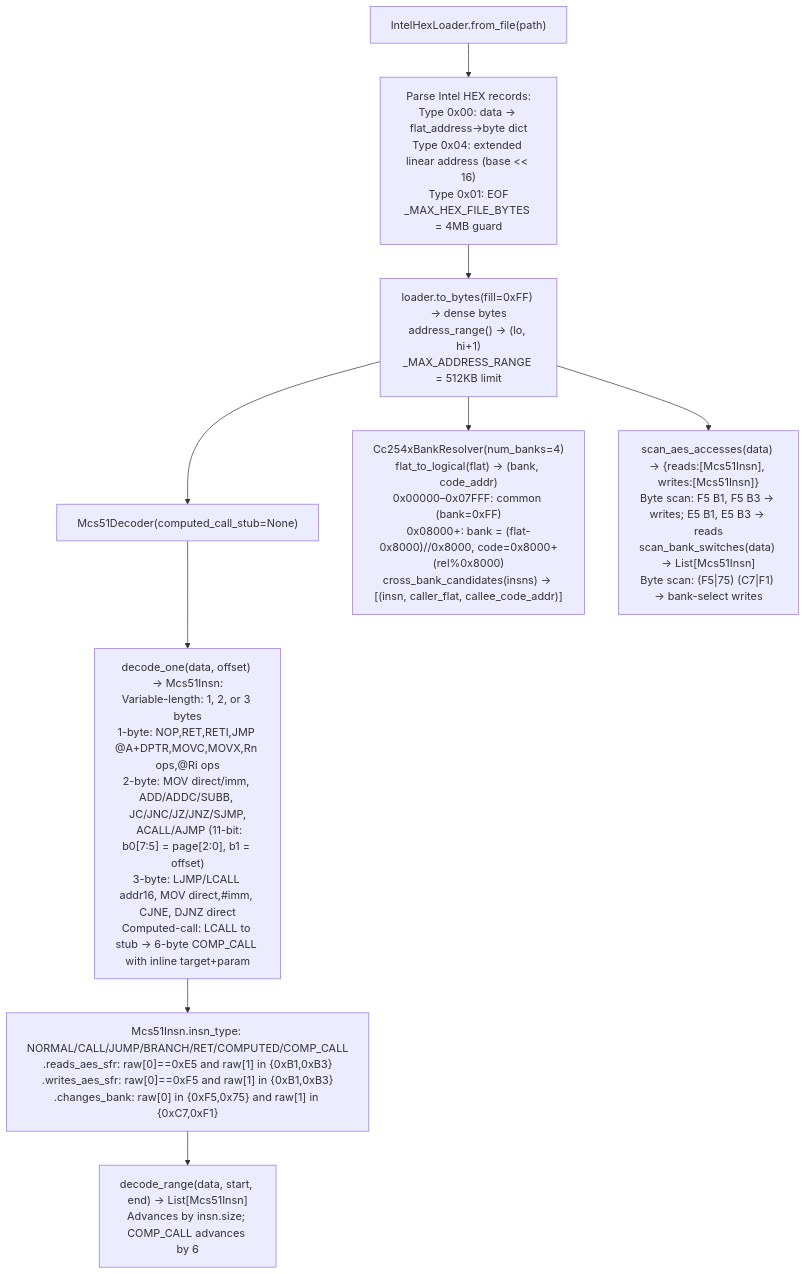
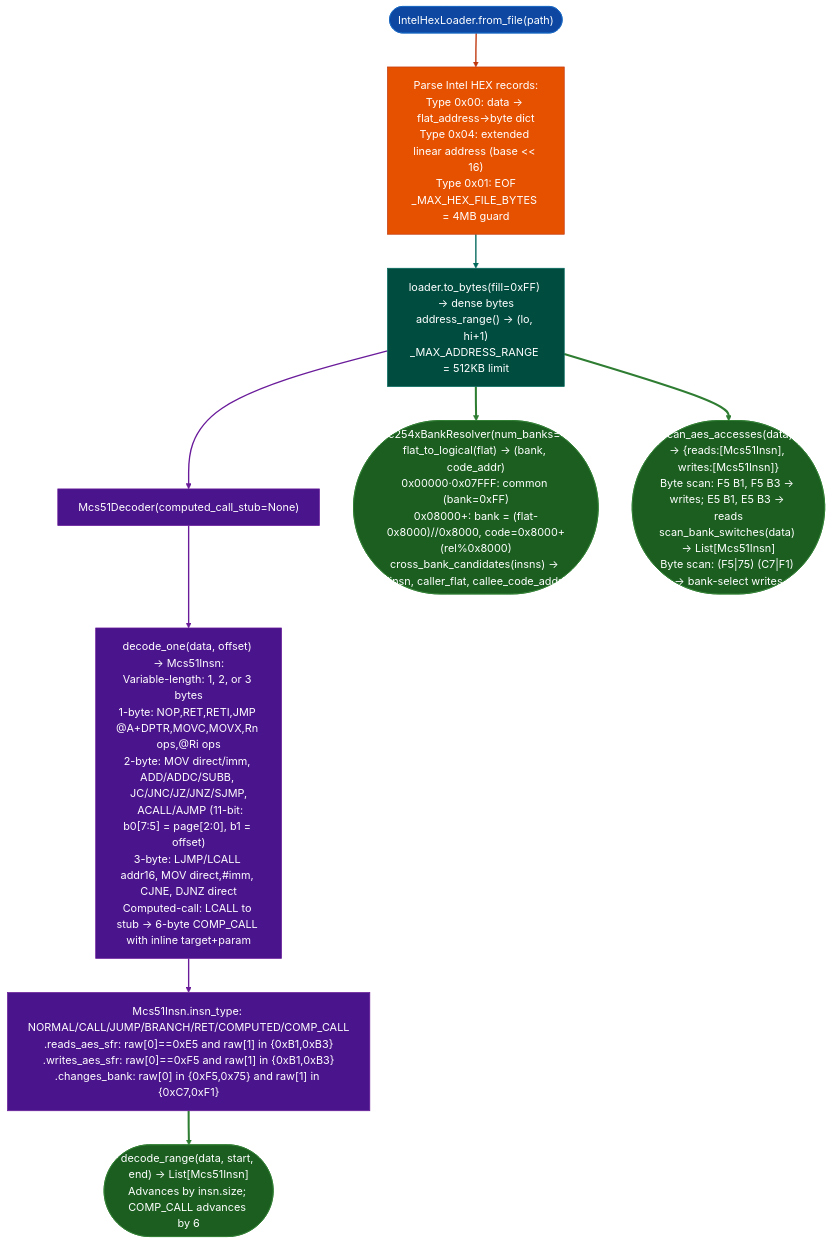
Before and after one commit to Ablation-Tool/ablation: the diagram in docs/reference-modules/8051-isa-modeling.md, drawn with Mermaid. The commit also changed 320 other files, not shown here.

First line of the commit message:
docs: apply canonical Mermaid template to all 321 diagrams

````diff
--- a/docs/reference-modules/8051-isa-modeling.md
+++ b/docs/reference-modules/8051-isa-modeling.md
@@ -19,11 +19,25 @@
 ```mermaid
 flowchart TD
-    A["IntelHexLoader.from_file(path)"] --> B["Parse Intel HEX records:\nType 0x00: data → flat_address→byte dict\nType 0x04: extended linear address (base << 16)\nType 0x01: EOF\n_MAX_HEX_FILE_BYTES = 4MB guard"]
-    B --> C["loader.to_bytes(fill=0xFF) → dense bytes\naddress_range() → (lo, hi+1)\n_MAX_ADDRESS_RANGE = 512KB limit"]
-    C --> D["Mcs51Decoder(computed_call_stub=None)"]
-    D --> E["decode_one(data, offset) → Mcs51Insn:\nVariable-length: 1, 2, or 3 bytes\n1-byte: NOP,RET,RETI,JMP @A+DPTR,MOVC,MOVX,Rn ops,@Ri ops\n2-byte: MOV direct/imm, ADD/ADDC/SUBB, JC/JNC/JZ/JNZ/SJMP,\n  ACALL/AJMP (11-bit: b0[7:5] = page[2:0], b1 = offset)\n3-byte: LJMP/LCALL addr16, MOV direct,#imm, CJNE, DJNZ direct\nComputed-call: LCALL to stub → 6-byte COMP_CALL with inline target+param"]
-    E --> F["Mcs51Insn.insn_type: NORMAL/CALL/JUMP/BRANCH/RET/COMPUTED/COMP_CALL\n.reads_aes_sfr: raw[0]==0xE5 and raw[1] in {0xB1,0xB3}\n.writes_aes_sfr: raw[0]==0xF5 and raw[1] in {0xB1,0xB3}\n.changes_bank: raw[0] in {0xF5,0x75} and raw[1] in {0xC7,0xF1}"]
-    F --> G["decode_range(data, start, end) → List[Mcs51Insn]\nAdvances by insn.size; COMP_CALL advances by 6"]
-    C --> H["Cc254xBankResolver(num_banks=4)\nflat_to_logical(flat) → (bank, code_addr)\n0x00000–0x07FFF: common (bank=0xFF)\n0x08000+: bank = (flat-0x8000)//0x8000, code=0x8000+(rel%0x8000)\ncross_bank_candidates(insns) → [(insn, caller_flat, callee_code_addr)]"]
-    C --> I["scan_aes_accesses(data) → {reads:[Mcs51Insn], writes:[Mcs51Insn]}\nByte scan: F5 B1, F5 B3 → writes; E5 B1, E5 B3 → reads\nscan_bank_switches(data) → List[Mcs51Insn]\nByte scan: (F5|75) (C7|F1) → bank-select writes"]
+    A(["IntelHexLoader.from_file(path)"]):::input --> B["Parse Intel HEX records:\nType 0x00: data → flat_address→byte dict\nType 0x04: extended linear address (base << 16)\nType 0x01: EOF\n_MAX_HEX_FILE_BYTES = 4MB guard"]:::primary
+    B:::primary --> C["loader.to_bytes(fill=0xFF) → dense bytes\naddress_range() → (lo, hi+1)\n_MAX_ADDRESS_RANGE = 512KB limit"]:::secondary
+    C:::secondary --> D["Mcs51Decoder(computed_call_stub=None)"]:::tertiary
+    D:::tertiary --> E["decode_one(data, offset) → Mcs51Insn:\nVariable-length: 1, 2, or 3 bytes\n1-byte: NOP,RET,RETI,JMP @A+DPTR,MOVC,MOVX,Rn ops,@Ri ops\n2-byte: MOV direct/imm, ADD/ADDC/SUBB, JC/JNC/JZ/JNZ/SJMP,\n  ACALL/AJMP (11-bit: b0[7:5] = page[2:0], b1 = offset)\n3-byte: LJMP/LCALL addr16, MOV direct,#imm, CJNE, DJNZ direct\nComputed-call: LCALL to stub → 6-byte COMP_CALL with inline target+param"]:::tertiary
+    E:::tertiary --> F["Mcs51Insn.insn_type: NORMAL/CALL/JUMP/BRANCH/RET/COMPUTED/COMP_CALL\n.reads_aes_sfr: raw[0]==0xE5 and raw[1] in {0xB1,0xB3}\n.writes_aes_sfr: raw[0]==0xF5 and raw[1] in {0xB1,0xB3}\n.changes_bank: raw[0] in {0xF5,0x75} and raw[1] in {0xC7,0xF1}"]:::tertiary
+    F:::tertiary --> G(["decode_range(data, start, end) → List[Mcs51Insn]\nAdvances by insn.size; COMP_CALL advances by 6"]):::output
+    C:::secondary --> H(["Cc254xBankResolver(num_banks=4)\nflat_to_logical(flat) → (bank, code_addr)\n0x00000·0x07FFF: common (bank=0xFF)\n0x08000+: bank = (flat-0x8000)//0x8000, code=0x8000+(rel%0x8000)\ncross_bank_candidates(insns) → [(insn, caller_flat, callee_code_addr)]"]):::output
+    C:::secondary --> I(["scan_aes_accesses(data) → {reads:[Mcs51Insn], writes:[Mcs51Insn]}\nByte scan: F5 B1, F5 B3 → writes; E5 B1, E5 B3 → reads\nscan_bank_switches(data) → List[Mcs51Insn]\nByte scan: (F5|75) (C7|F1) → bank-select writes"]):::output
+    classDef input     fill:#0d47a1,stroke:#1565c0,color:#fff
+    classDef primary   fill:#e65100,stroke:#bf360c,color:#fff
+    classDef secondary fill:#004d40,stroke:#00695c,color:#fff
+    classDef tertiary  fill:#4a148c,stroke:#6a1b9a,color:#fff
+    classDef neutral   fill:#37474f,stroke:#546e7a,color:#fff
+    classDef output    fill:#1b5e20,stroke:#2e7d32,color:#fff
+    linkStyle 0 stroke:#bf360c,stroke-width:2px
+    linkStyle 1 stroke:#00695c,stroke-width:2px
+    linkStyle 2 stroke:#6a1b9a,stroke-width:2px
+    linkStyle 3 stroke:#6a1b9a,stroke-width:2px
+    linkStyle 4 stroke:#6a1b9a,stroke-width:2px
+    linkStyle 5 stroke:#2e7d32,stroke-width:3px
+    linkStyle 6 stroke:#2e7d32,stroke-width:3px
+    linkStyle 7 stroke:#2e7d32,stroke-width:3px
 ```
````
